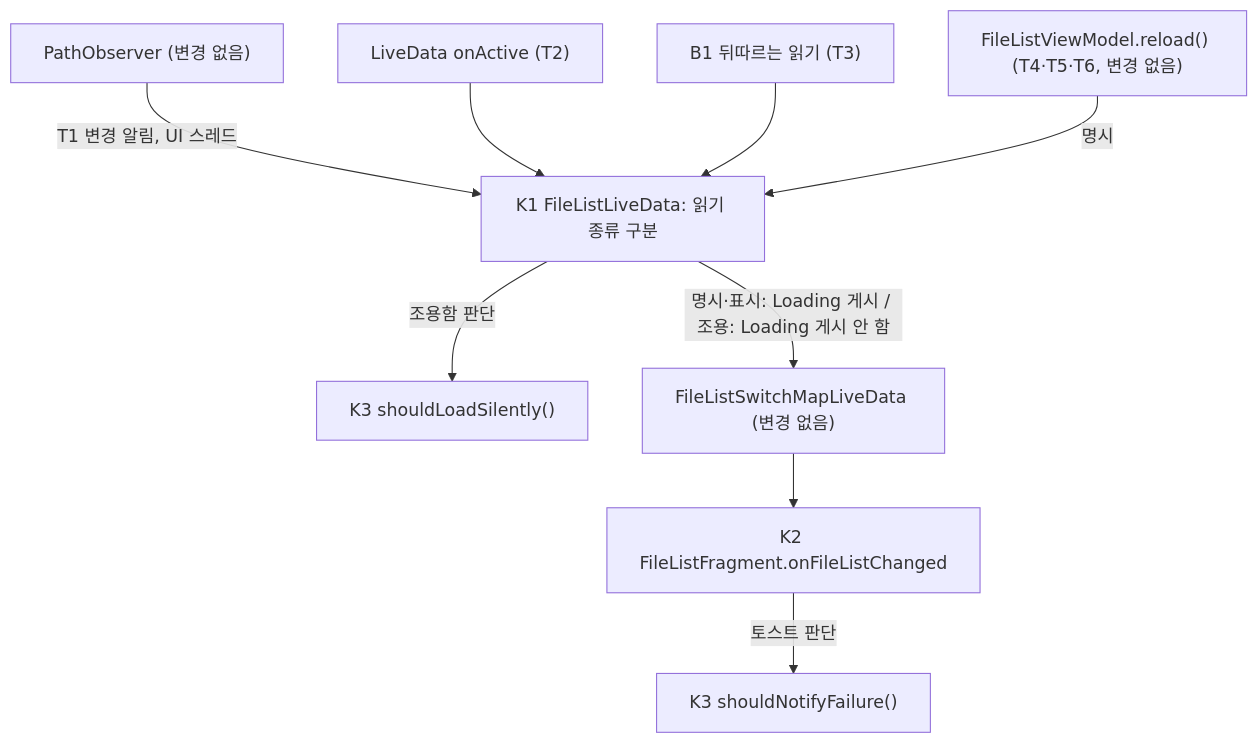
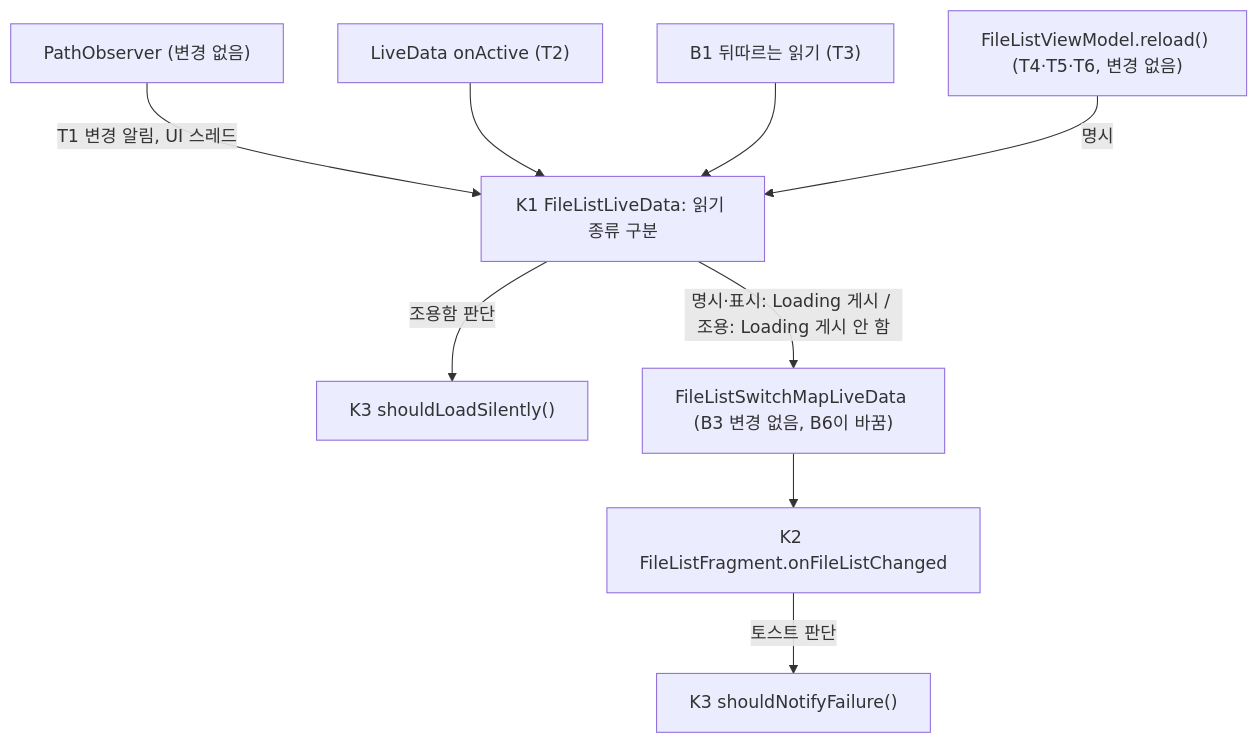
The first of 2 diagrams in docs/design/29-list-refresh/HLD.md (curtana/MaterialFiles), drawn with Mermaid before and after one commit. The commit also changed other lines of this file, not shown here.

````diff
--- a/docs/design/29-list-refresh/HLD.md
+++ b/docs/design/29-list-refresh/HLD.md
@@ -21,11 +21,11 @@
 ```mermaid
 graph TD
   PO["PathObserver (변경 없음)"] -->|T1 변경 알림, UI 스레드| LD
   ACT["LiveData onActive (T2)"] --> LD
   B1F["B1 뒤따르는 읽기 (T3)"] --> LD
   VM["FileListViewModel.reload() (T4·T5·T6, 변경 없음)"] -->|명시| LD
   LD["K1 FileListLiveData: 읽기 종류 구분"] -->|조용함 판단| P1["K3 shouldLoadSilently()"]
-  LD -->|"명시·표시: Loading 게시 / 조용: Loading 게시 안 함"| SW["FileListSwitchMapLiveData (변경 없음)"]
+  LD -->|"명시·표시: Loading 게시 / 조용: Loading 게시 안 함"| SW["FileListSwitchMapLiveData (B3 변경 없음, B6이 바꿈)"]
   SW --> FR["K2 FileListFragment.onFileListChanged"]
   FR -->|토스트 판단| P2["K3 shouldNotifyFailure()"]
 ```
````
